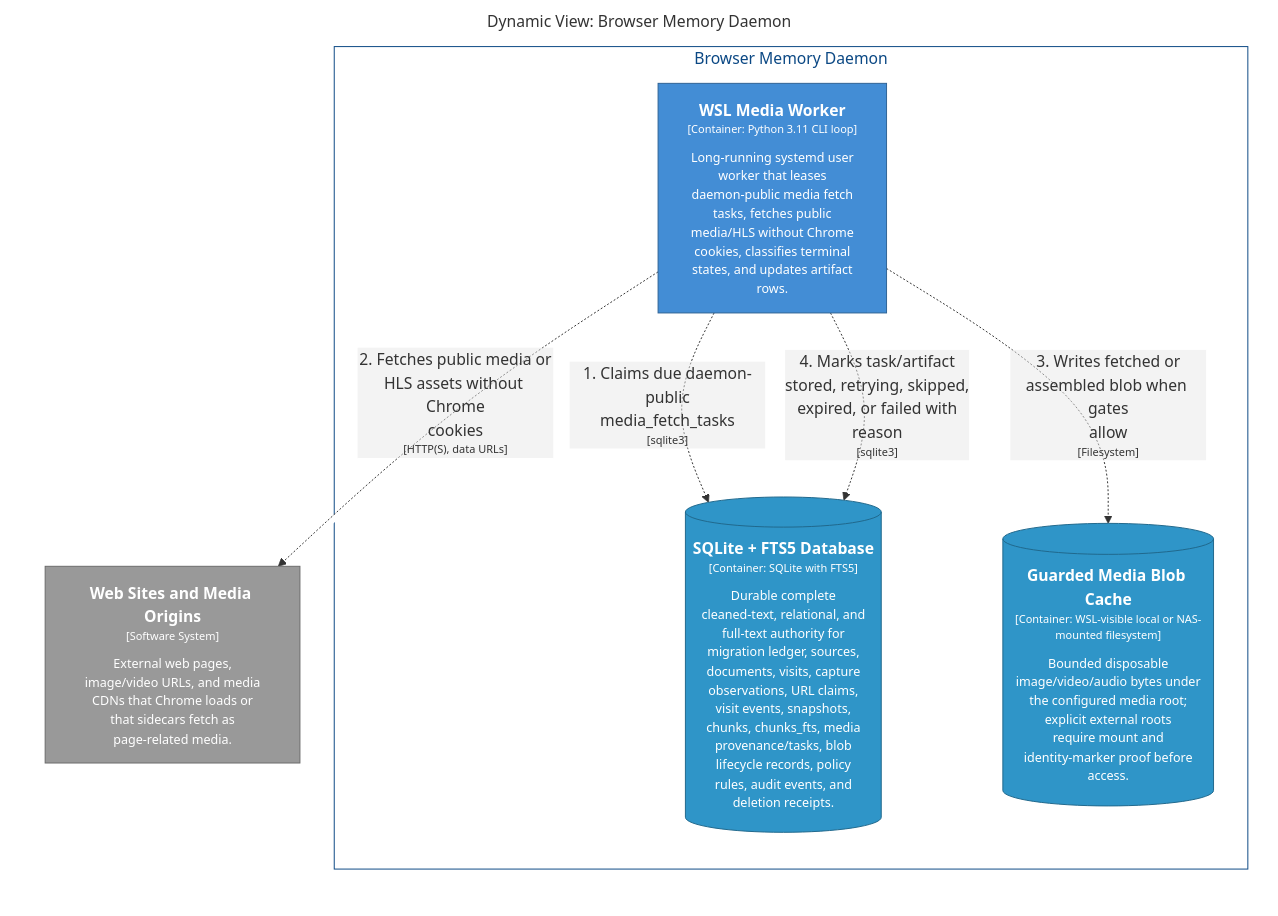
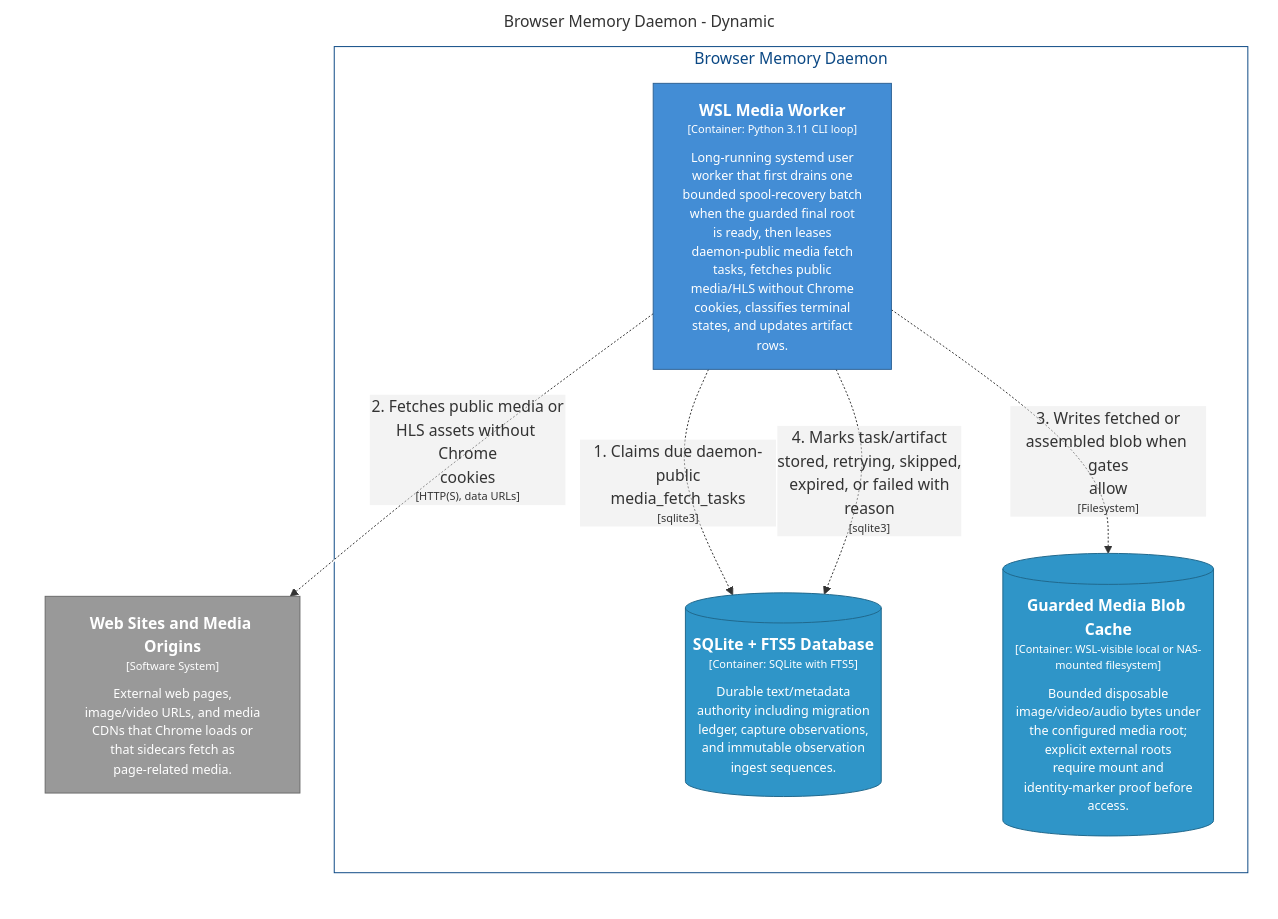
Before and after one commit to michaelnicks0/browser-memory-daemon: the diagram in docs/architecture/diagrams/markdown/DaemonPublicMediaWorkerFlow.md, drawn with Mermaid. The commit also changed 331 other files, not shown here.

Commit message:
docs: refresh architecture and publish surfaces

````diff
--- a/docs/architecture/diagrams/markdown/DaemonPublicMediaWorkerFlow.md
+++ b/docs/architecture/diagrams/markdown/DaemonPublicMediaWorkerFlow.md
@@ -16,28 +16,27 @@
 ```mermaid
 graph LR
   linkStyle default fill:#ffffff
 
-  subgraph diagram ["Dynamic View: Browser Memory Daemon"]
+  subgraph diagram ["Browser Memory Daemon - Dynamic"]
     style diagram fill:#ffffff,stroke:#ffffff
 
     subgraph 4 ["Browser Memory Daemon"]
       style 4 fill:#ffffff,stroke:#0b4884,color:#0b4884
 
-      44["<div style='font-weight: bold'>WSL Media Worker</div><div style='font-size: 70%; margin-top: 0px'>[Container: Python 3.11 CLI loop]</div><div style='font-size: 80%; margin-top:10px'>Long-running systemd user<br />worker that leases<br />daemon-public media fetch<br />tasks, fetches public<br />media/HLS without Chrome<br />cookies, classifies terminal<br />states, and updates artifact<br />rows.</div>"]
-      style 44 fill:#438dd5,stroke:#2e6295,color:#ffffff
-      48[("<div style='font-weight: bold'>SQLite + FTS5 Database</div><div style='font-size: 70%; margin-top: 0px'>[Container: SQLite with FTS5]</div><div style='font-size: 80%; margin-top:10px'>Durable complete<br />cleaned-text, relational, and<br />full-text authority for<br />migration ledger, sources,<br />documents, visits, capture<br />observations, URL claims,<br />visit events, snapshots,<br />chunks, chunks_fts, media<br />provenance/tasks, blob<br />lifecycle records, policy<br />rules, audit events, and<br />deletion receipts.</div>")]
-      style 48 fill:#2f95c8,stroke:#20688c,color:#ffffff
-      50[("<div style='font-weight: bold'>Guarded Media Blob Cache</div><div style='font-size: 70%; margin-top: 0px'>[Container: WSL-visible local or NAS-mounted filesystem]</div><div style='font-size: 80%; margin-top:10px'>Bounded disposable<br />image/video/audio bytes under<br />the configured media root;<br />explicit external roots<br />require mount and<br />identity-marker proof before<br />access.</div>")]
-      style 50 fill:#2f95c8,stroke:#20688c,color:#ffffff
+      45["<div style='font-weight: bold'>WSL Media Worker</div><div style='font-size: 70%; margin-top: 0px'>[Container: Python 3.11 CLI loop]</div><div style='font-size: 80%; margin-top:10px'>Long-running systemd user<br />worker that first drains one<br />bounded spool-recovery batch<br />when the guarded final root<br />is ready, then leases<br />daemon-public media fetch<br />tasks, fetches public<br />media/HLS without Chrome<br />cookies, classifies terminal<br />states, and updates artifact<br />rows.</div>"]
+      style 45 fill:#438dd5,stroke:#2e6295,color:#ffffff
+      49[("<div style='font-weight: bold'>SQLite + FTS5 Database</div><div style='font-size: 70%; margin-top: 0px'>[Container: SQLite with FTS5]</div><div style='font-size: 80%; margin-top:10px'>Durable text/metadata<br />authority including migration<br />ledger, capture observations,<br />and immutable observation<br />ingest sequences.</div>")]
+      style 49 fill:#2f95c8,stroke:#20688c,color:#ffffff
+      51[("<div style='font-weight: bold'>Guarded Media Blob Cache</div><div style='font-size: 70%; margin-top: 0px'>[Container: WSL-visible local or NAS-mounted filesystem]</div><div style='font-size: 80%; margin-top:10px'>Bounded disposable<br />image/video/audio bytes under<br />the configured media root;<br />explicit external roots<br />require mount and<br />identity-marker proof before<br />access.</div>")]
+      style 51 fill:#2f95c8,stroke:#20688c,color:#ffffff
     end
 
     3["<div style='font-weight: bold'>Web Sites and Media Origins</div><div style='font-size: 70%; margin-top: 0px'>[Software System]</div><div style='font-size: 80%; margin-top:10px'>External web pages,<br />image/video URLs, and media<br />CDNs that Chrome loads or<br />that sidecars fetch as<br />page-related media.</div>"]
     style 3 fill:#999999,stroke:#6b6b6b,color:#ffffff
 
-    44-. "<div>1. Claims due daemon-public<br />media_fetch_tasks</div><div style='font-size: 70%'>[sqlite3]</div>" .->48
-    44-. "<div>2. Fetches public media or<br />HLS assets without Chrome<br />cookies</div><div style='font-size: 70%'>[HTTP(S), data URLs]</div>" .->3
-    44-. "<div>3. Writes fetched or<br />assembled blob when gates<br />allow</div><div style='font-size: 70%'>[Filesystem]</div>" .->50
-    44-. "<div>4. Marks task/artifact<br />stored, retrying, skipped,<br />expired, or failed with<br />reason</div><div style='font-size: 70%'>[sqlite3]</div>" .->48
-
+    45-. "<div>1. Claims due daemon-public<br />media_fetch_tasks</div><div style='font-size: 70%'>[sqlite3]</div>" .->49
+    45-. "<div>2. Fetches public media or<br />HLS assets without Chrome<br />cookies</div><div style='font-size: 70%'>[HTTP(S), data URLs]</div>" .->3
+    45-. "<div>3. Writes fetched or<br />assembled blob when gates<br />allow</div><div style='font-size: 70%'>[Filesystem]</div>" .->51
+    45-. "<div>4. Marks task/artifact<br />stored, retrying, skipped,<br />expired, or failed with<br />reason</div><div style='font-size: 70%'>[sqlite3]</div>" .->49
   end
 ```
````
